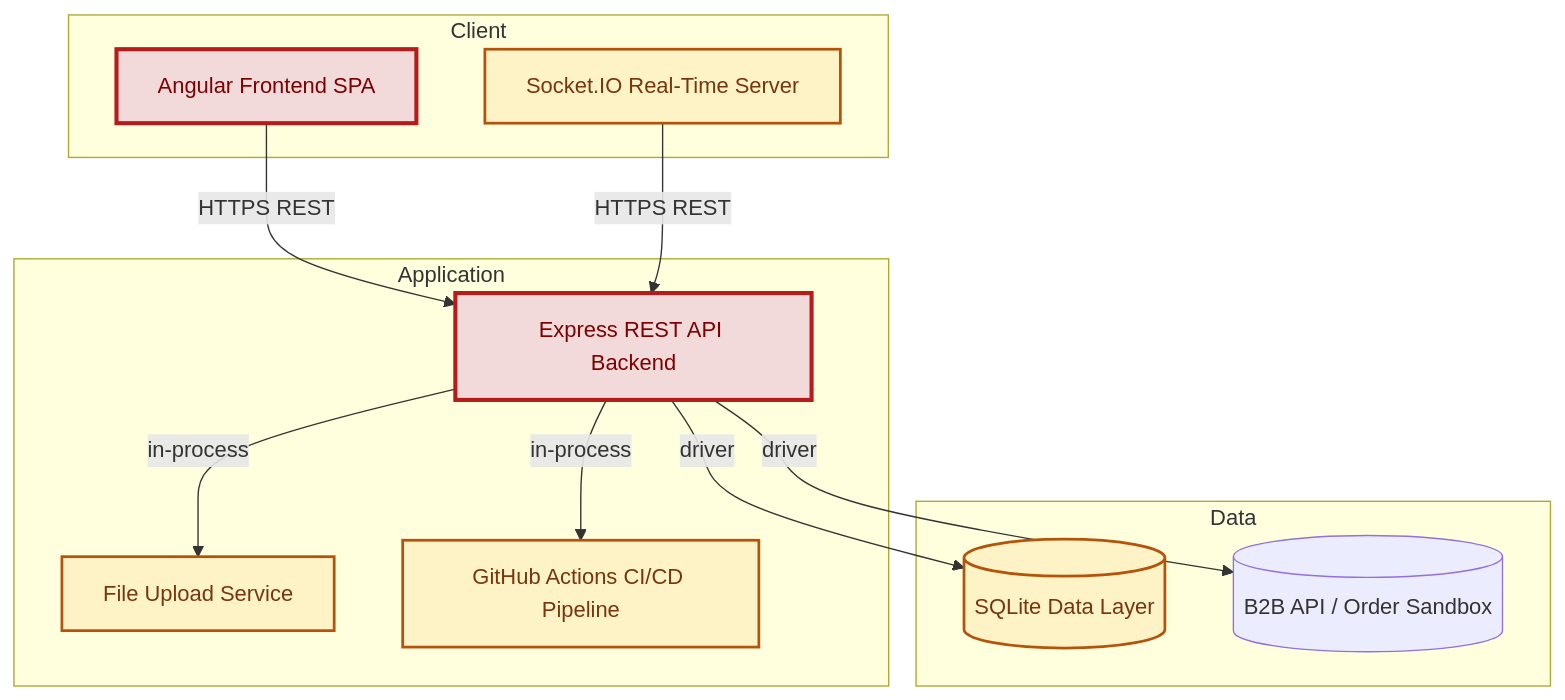
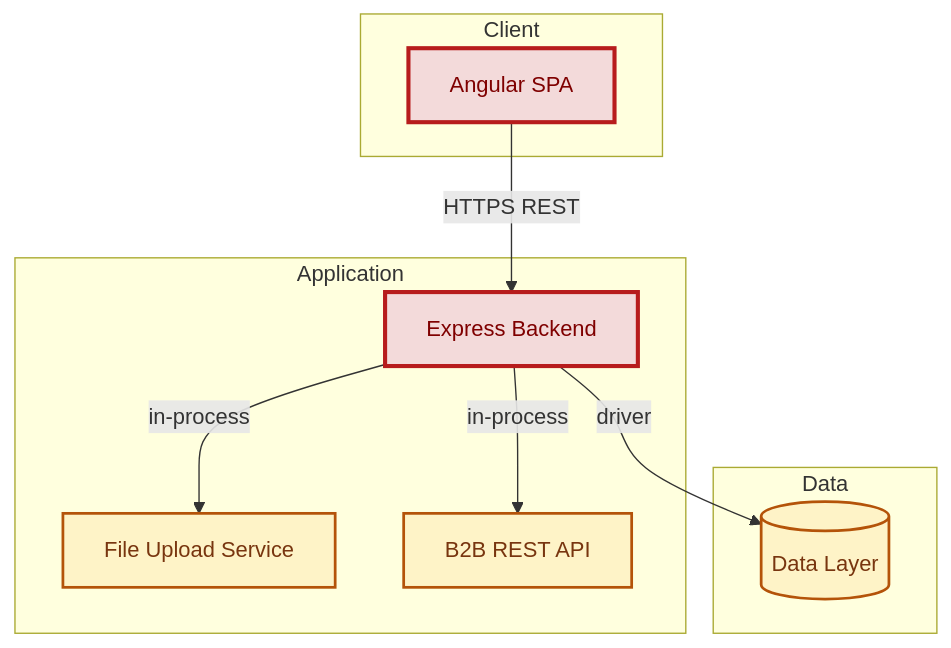
The fifth of 28 diagrams in examples/threat-modeler/threat-model-juice-shop-standard.md (appsec-foundry/appsec-advisor), drawn with Mermaid before and after one commit. The commit also changed other lines of this file and 12 other files, not shown here.

````diff
--- a/examples/threat-modeler/threat-model-juice-shop-standard.md
+++ b/examples/threat-modeler/threat-model-juice-shop-standard.md
@@ -449,30 +419,25 @@
 ```mermaid
 flowchart TB
     subgraph Client
-        frontend_spa["Angular Frontend SPA"]
-        socketio_server["Socket.IO Real-Time Server"]
+        angular_spa["Angular SPA"]
     end
     subgraph Application
-        backend_api["Express REST API Backend"]
+        express_backend["Express Backend"]
         file_upload_service["File Upload Service"]
-        ci_cd_pipeline["GitHub Actions CI/CD Pipeline"]
+        b2b_api["B2B REST API"]
     end
     subgraph Data
-        data_persistence[("SQLite Data Layer")]
-        b2b_api[("B2B API / Order Sandbox")]
+        data_layer[("Data Layer")]
     end
-    frontend_spa -->|HTTPS REST| backend_api
-    socketio_server -->|HTTPS REST| backend_api
-    backend_api -->|driver| data_persistence
-    backend_api -->|driver| b2b_api
-    backend_api -->|in-process| file_upload_service
-    backend_api -->|in-process| ci_cd_pipeline
+    angular_spa -->|HTTPS REST| express_backend
+    express_backend -->|driver| data_layer
+    express_backend -->|in-process| file_upload_service
+    express_backend -->|in-process| b2b_api
     classDef critical fill:#f3dada,stroke:#b71c1c,color:#7f0000,stroke-width:3px
     classDef warning  fill:#fef3c7,stroke:#b45309,color:#78350f,stroke-width:2px
-    class frontend_spa critical
-    class backend_api critical
-    class data_persistence warning
+    class angular_spa critical
+    class express_backend critical
     class file_upload_service warning
-    class socketio_server warning
-    class ci_cd_pipeline warning
+    class b2b_api warning
+    class data_layer warning
 ```
````
